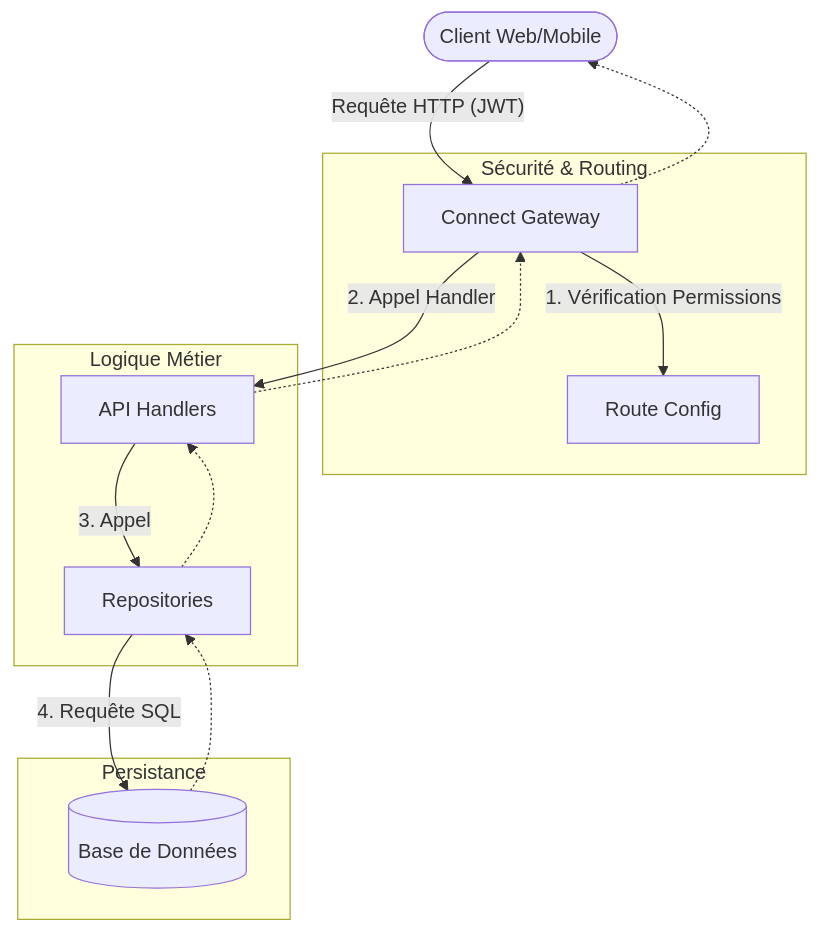
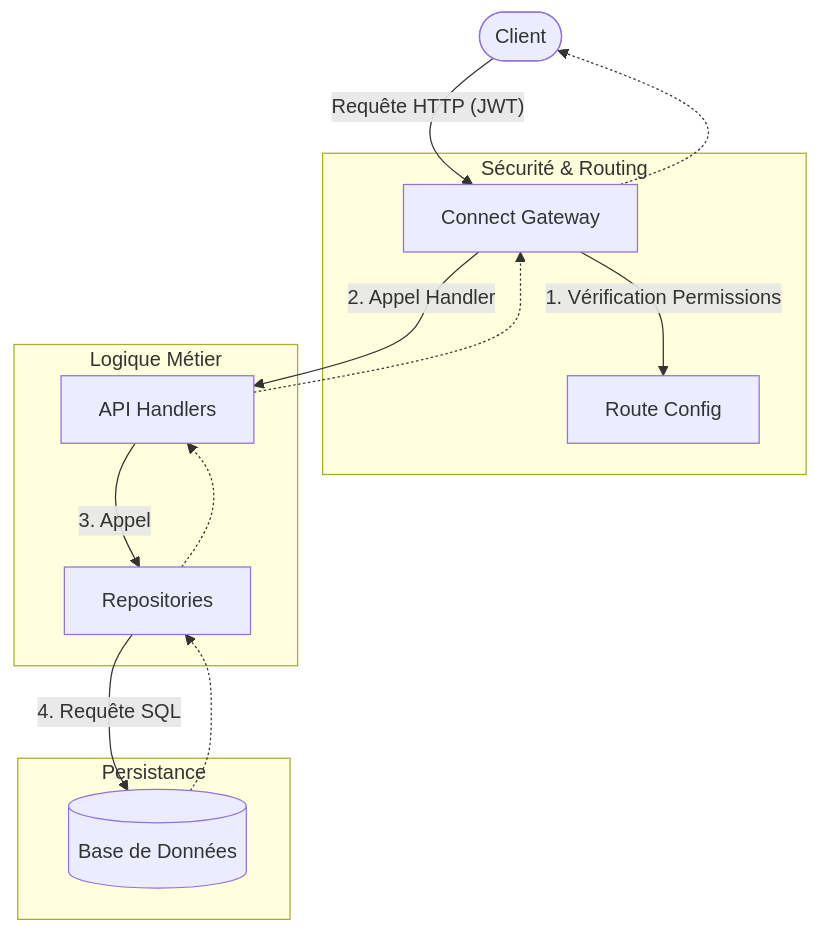
One commit to ERP-CNAM/back changed the diagram in docs/index.md. Above: the diagram before and after it, drawn with Mermaid. The commit also changed 1 other file, not shown here.

Commit message:
docs: add proper index

````diff
--- a/docs/index.md
+++ b/docs/index.md
@@ -18,23 +18,23 @@
 ```mermaid
 graph TD
-    Client([Client Web/Mobile]) -- "Requête HTTP (JWT)" --> Gateway[Connect Gateway]
+    Client([Client]) -- "Requête HTTP (JWT)" --> Gateway[Connect Gateway]
     
     subgraph "Sécurité & Routing"
     Gateway -- "1. Vérification Permissions" --> RouteConfig[Route Config]
     end
     
     Gateway -- "2. Appel Handler" --> Handlers[API Handlers]
     
     subgraph "Logique Métier"
     Handlers -- "3. Appel" --> Repos[Repositories]
     end
     
     subgraph "Persistance"
     Repos -- "4. Requête SQL" --> DB[(Base de Données)]
     end
     
     DB -.-> Repos
     Repos -.-> Handlers
     Handlers -.-> Gateway
     Gateway -.-> Client
 ```
````
